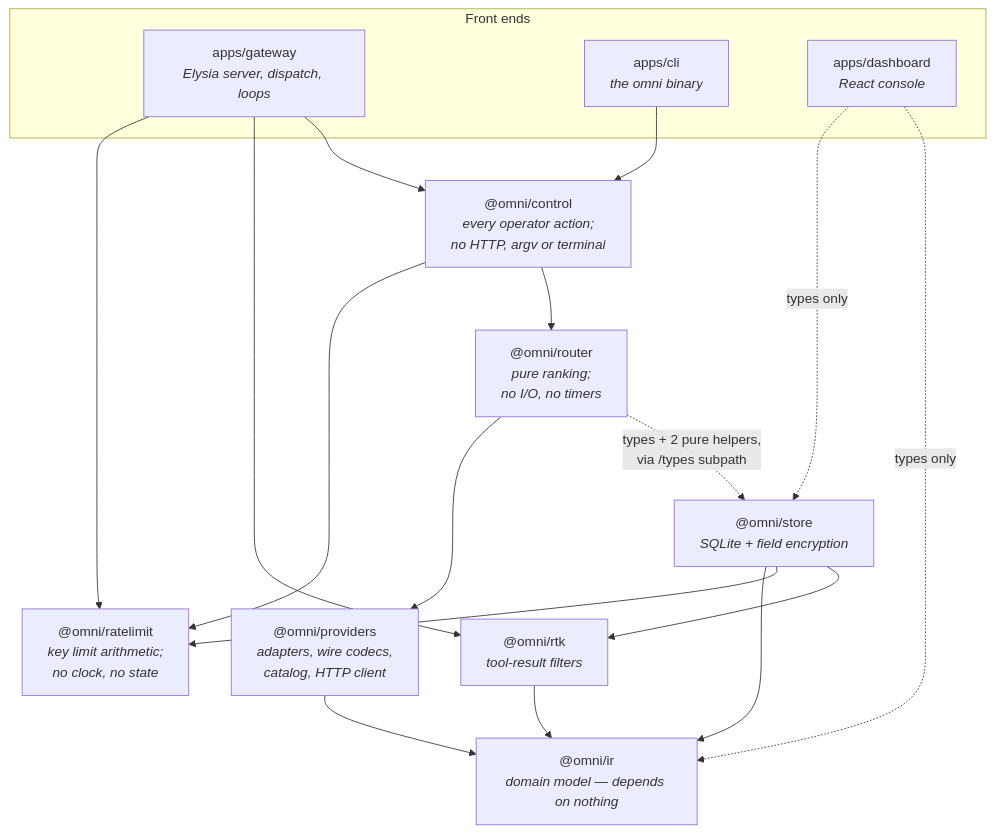
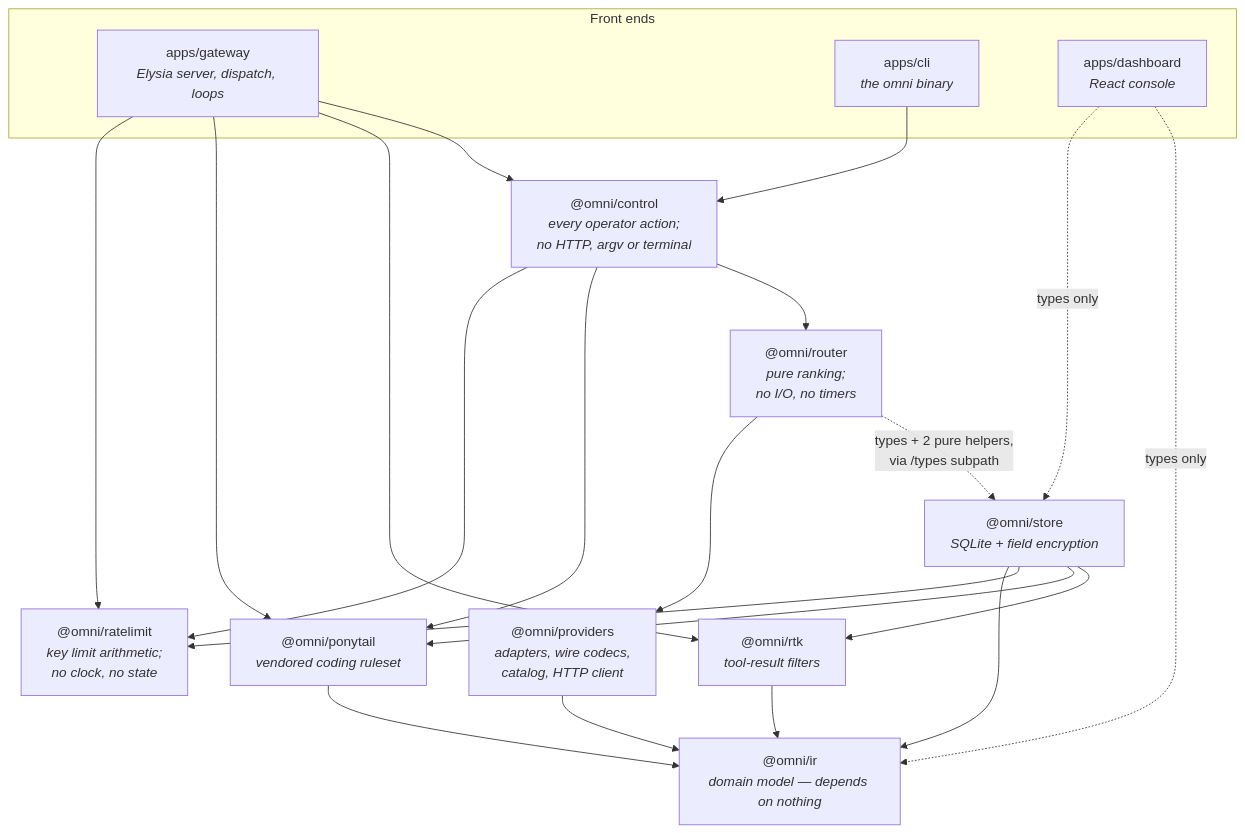
The diagram in README.md (harismawan/omnigateway), drawn with Mermaid before and after one commit. The commit also changed other lines of this file and 8 other files, not shown here.

````diff
--- a/README.md
+++ b/README.md
@@ -60,32 +66,37 @@
 ```mermaid
 graph TD
   subgraph frontends[Front ends]
     gateway["apps/gateway<br/><i>Elysia server, dispatch, loops</i>"]
     cli["apps/cli<br/><i>the omni binary</i>"]
     dashboard["apps/dashboard<br/><i>React console</i>"]
   end
 
   control["@omni/control<br/><i>every operator action;<br/>no HTTP, argv or terminal</i>"]
   router["@omni/router<br/><i>pure ranking;<br/>no I/O, no timers</i>"]
   store["@omni/store<br/><i>SQLite + field encryption</i>"]
   providers["@omni/providers<br/><i>adapters, wire codecs,<br/>catalog, HTTP client</i>"]
   rtk["@omni/rtk<br/><i>tool-result filters</i>"]
+  ponytail["@omni/ponytail<br/><i>vendored coding ruleset</i>"]
   ratelimit["@omni/ratelimit<br/><i>key limit arithmetic;<br/>no clock, no state</i>"]
   ir["@omni/ir<br/><i>domain model — depends on nothing</i>"]
 
   gateway --> control
   gateway --> rtk
+  gateway --> ponytail
   gateway --> ratelimit
   cli --> control
   dashboard -. "types only" .-> ir
   dashboard -. "types only" .-> store
   control --> router
+  control --> ponytail
   control --> ratelimit
   router -. "types + 2 pure helpers,<br/>via /types subpath" .-> store
   router --> providers
   store --> rtk
+  store --> ponytail
   store --> ratelimit
   providers --> ir
   rtk --> ir
+  ponytail --> ir
   store --> ir
 ```
````
